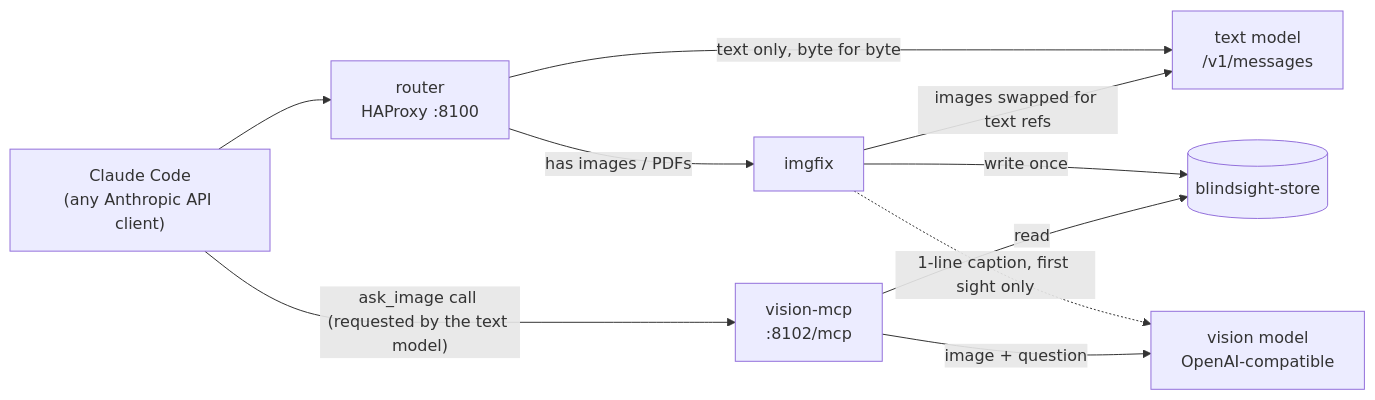
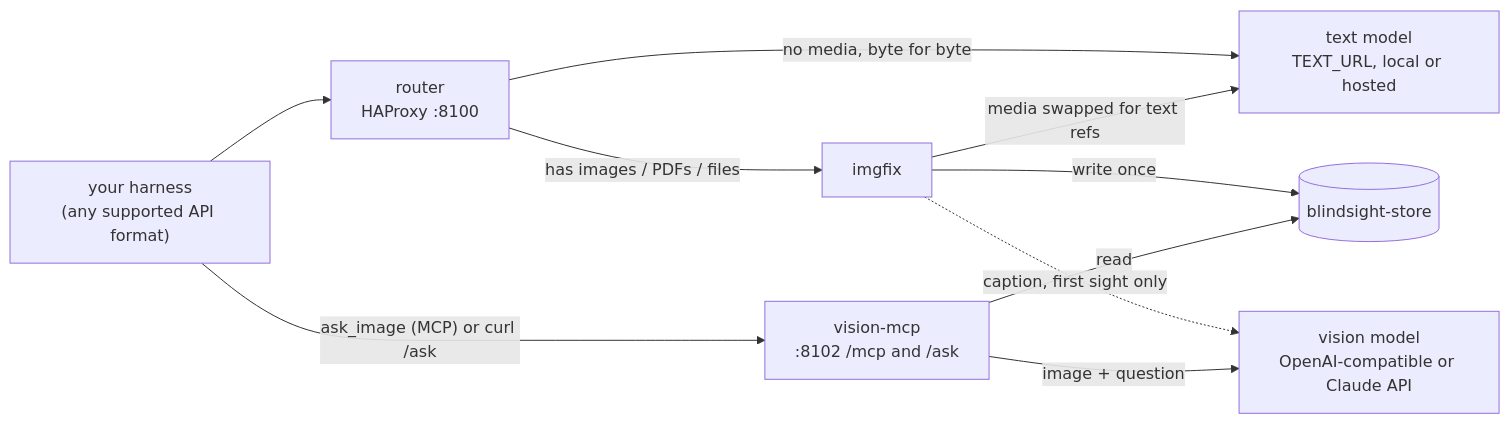
The diagram in README.md (cebeuq/blindsight), drawn with Mermaid before and after one commit. The commit also changed other lines of this file and 33 other files, not shown here.

````diff
--- a/README.md
+++ b/README.md
@@ -25,12 +29,12 @@
 ```mermaid
 flowchart LR
-    client["Claude Code<br/>(any Anthropic API client)"] --> router["router<br/>HAProxy :8100"]
-    router -- "text only, byte for byte" --> text["text model<br/>/v1/messages"]
-    router -- "has images / PDFs" --> imgfix["imgfix"]
-    imgfix -- "images swapped for text refs" --> text
+    client["your harness<br/>(any supported API format)"] --> router["router<br/>HAProxy :8100"]
+    router -- "no media, byte for byte" --> text["text model<br/>TEXT_URL, local or hosted"]
+    router -- "has images / PDFs / files" --> imgfix["imgfix"]
+    imgfix -- "media swapped for text refs" --> text
     imgfix -- "write once" --> store[("blindsight-store")]
-    imgfix -. "1-line caption, first sight only" .-> vision["vision model<br/>OpenAI-compatible"]
-    client -- "ask_image call (requested by the text model)" --> mcp["vision-mcp<br/>:8102/mcp"]
+    imgfix -. "caption, first sight only" .-> vision["vision model<br/>OpenAI-compatible or Claude API"]
+    client -- "ask_image (MCP) or curl /ask" --> mcp["vision-mcp<br/>:8102 /mcp and /ask"]
     mcp -- "read" --> store
     mcp -- "image + question" --> vision
 ```
````
